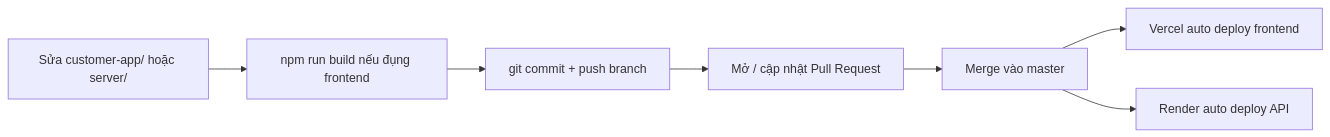
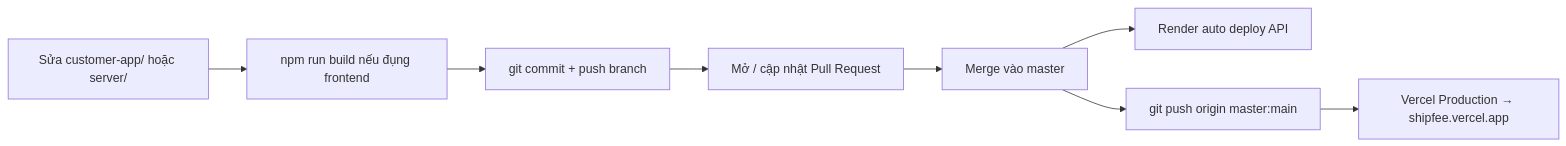
Before and after one commit to HieuHuynh23/shipfee: the diagram in AGENTS.md, drawn with Mermaid. The commit also changed other lines of this file and 2 other files, not shown here.

First line of the commit message:
docs: Vercel Production uses main, not master

````diff
--- a/AGENTS.md
+++ b/AGENTS.md
@@ -144,9 +144,10 @@
 ```mermaid
 flowchart LR
   edit["Sửa customer-app/ hoặc server/"] --> build["npm run build nếu đụng frontend"]
   build --> commit["git commit + push branch"]
   commit --> pr["Mở / cập nhật Pull Request"]
   pr --> merge["Merge vào master"]
-  merge --> vercel["Vercel auto deploy frontend"]
   merge --> render["Render auto deploy API"]
+  merge --> sync["git push origin master:main"]
+  sync --> vercel["Vercel Production → shipfee.vercel.app"]
 ```
````
